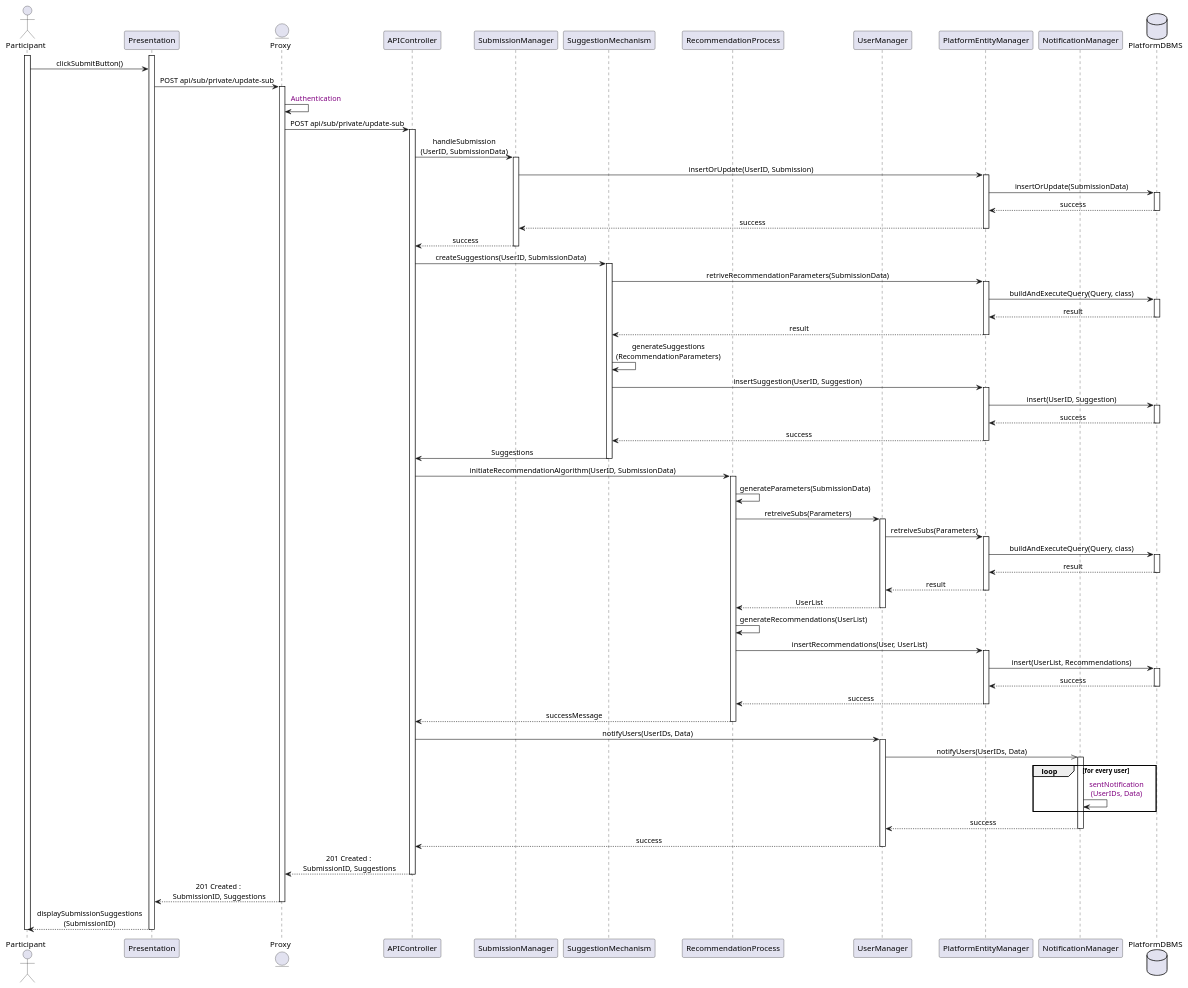
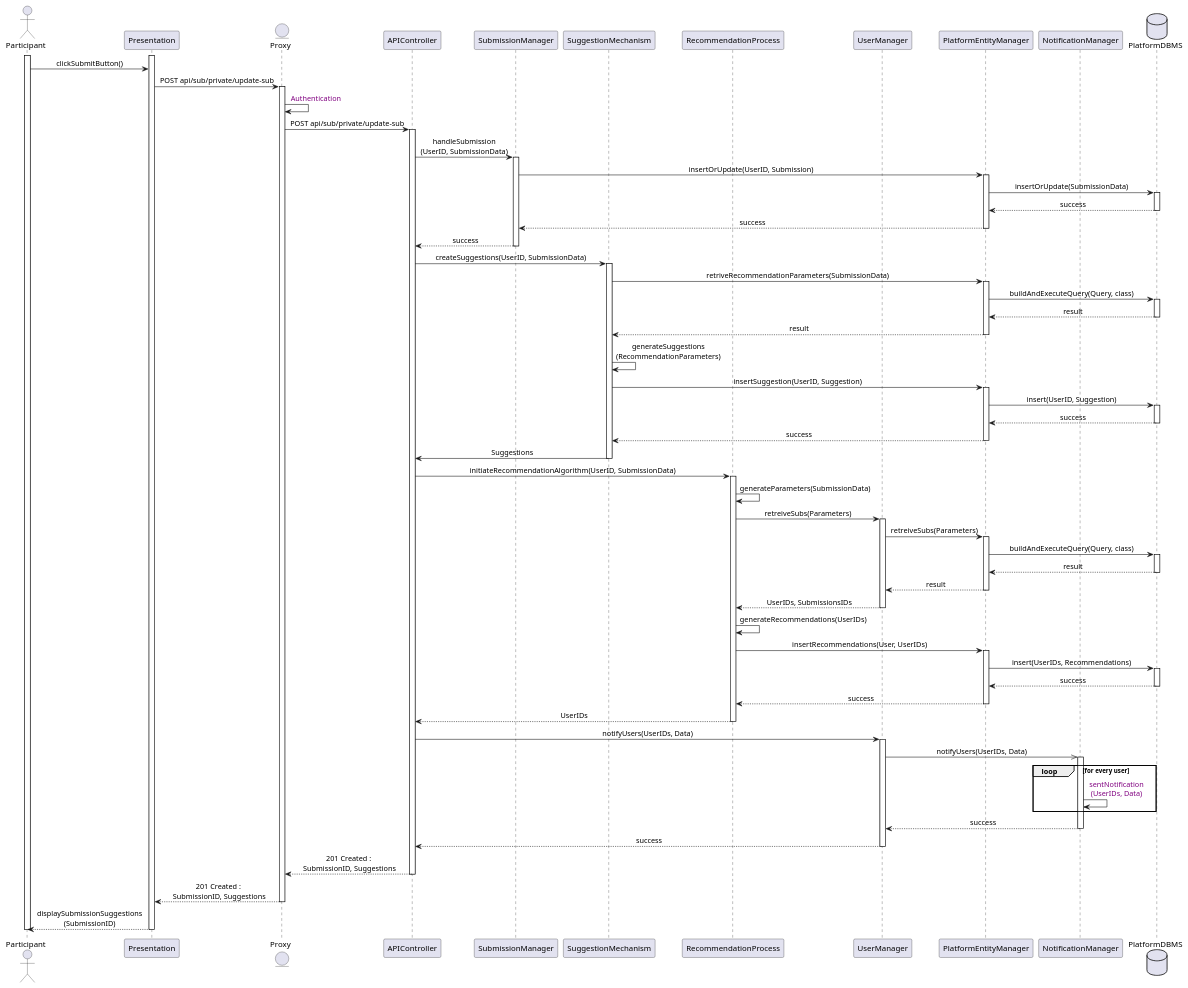
One commit to Slaitroc/RicciPaoliGrisoni changed the diagram in Diagrams/SequenceDiagrams/DD/3ParticipantSubmission.wsd. Above: the diagram before and after it, drawn with PlantUML. The commit also changed 7 other files, not shown here.

Commit message:
Minor DD Sequences Fixes

```diff
--- a/Diagrams/SequenceDiagrams/DD/3ParticipantSubmission.wsd
+++ b/Diagrams/SequenceDiagrams/DD/3ParticipantSubmission.wsd
@@ -1,73 +1,73 @@
 @startuml ParticipantSubmission
 skinparam sequenceMessageAlign center
 actor       Participant
 participant Presentation
 entity      Proxy
 participant APIController
 participant SubmissionManager
 participant SuggestionMechanism
 participant RecommendationProcess
 participant UserManager
 participant PlatformEntityManager
 participant NotificationManager
 database    PlatformDBMS
 
 activate Participant
 activate Presentation
 Participant -> Presentation : clickSubmitButton()
 Presentation -> Proxy ++ : POST api/sub/private/update-sub
 Proxy -> Proxy  : <color:purple> Authentication
 Proxy -> APIController ++ : POST api/sub/private/update-sub
 APIController -> SubmissionManager : handleSubmission\n(UserID, SubmissionData)
 activate SubmissionManager
 ' SubmissionManager -> SubmissionManager : check(submission)
 SubmissionManager -> PlatformEntityManager : insertOrUpdate(UserID, Submission)
 activate PlatformEntityManager
 PlatformEntityManager -> PlatformDBMS : insertOrUpdate(SubmissionData)
 activate PlatformDBMS
 PlatformDBMS --> PlatformEntityManager : success
 deactivate PlatformDBMS
 PlatformEntityManager --> SubmissionManager : success 
 deactivate PlatformEntityManager
 SubmissionManager --> APIController : success
 deactivate SubmissionManager
 APIController -> SuggestionMechanism ++ : createSuggestions(UserID, SubmissionData)
 SuggestionMechanism -> PlatformEntityManager ++ : retriveRecommendationParameters(SubmissionData)
 PlatformEntityManager -> PlatformDBMS ++ : buildAndExecuteQuery(Query, class)
 PlatformDBMS --> PlatformEntityManager -- : result
 PlatformEntityManager --> SuggestionMechanism -- : result
 SuggestionMechanism -> SuggestionMechanism : generateSuggestions\n(RecommendationParameters)
 SuggestionMechanism -> PlatformEntityManager ++ : insertSuggestion(UserID, Suggestion)
 PlatformEntityManager -> PlatformDBMS ++ : insert(UserID, Suggestion)
 PlatformDBMS --> PlatformEntityManager -- : success
 PlatformEntityManager -->  SuggestionMechanism -- : success
 SuggestionMechanism -> APIController -- : Suggestions
 APIController -> RecommendationProcess ++ : initiateRecommendationAlgorithm(UserID, SubmissionData)
 RecommendationProcess -> RecommendationProcess : generateParameters(SubmissionData)
 RecommendationProcess -> UserManager ++ : retreiveSubs(Parameters)
 UserManager -> PlatformEntityManager ++ : retreiveSubs(Parameters)
 PlatformEntityManager -> PlatformDBMS ++ : buildAndExecuteQuery(Query, class)
 PlatformDBMS --> PlatformEntityManager -- : result
 PlatformEntityManager --> UserManager -- : result
-UserManager --> RecommendationProcess -- : UserList
-RecommendationProcess -> RecommendationProcess : generateRecommendations(UserList)
-RecommendationProcess -> PlatformEntityManager ++ : insertRecommendations(User, UserList)
-PlatformEntityManager -> PlatformDBMS ++ : insert(UserList, Recommendations)
+UserManager --> RecommendationProcess -- : UserIDs, SubmissionsIDs
+RecommendationProcess -> RecommendationProcess : generateRecommendations(UserIDs)
+RecommendationProcess -> PlatformEntityManager ++ : insertRecommendations(User, UserIDs)
+PlatformEntityManager -> PlatformDBMS ++ : insert(UserIDs, Recommendations)
 PlatformDBMS --> PlatformEntityManager -- : success
 PlatformEntityManager -->  RecommendationProcess -- : success
-RecommendationProcess --> APIController -- : successMessage
+RecommendationProcess --> APIController -- : UserIDs
 APIController -> UserManager ++ : notifyUsers(UserIDs, Data)
 UserManager ->> NotificationManager ++ : notifyUsers(UserIDs, Data)
 loop for every user
     NotificationManager -> NotificationManager : <color:purple> sentNotification\n <color:purple>(UserIDs, Data)
 end
 NotificationManager --> UserManager -- : success
 UserManager --> APIController -- : success
 APIController --> Proxy : 201 Created :\n SubmissionID, Suggestions
 deactivate APIController
 Proxy --> Presentation : 201 Created :\n SubmissionID, Suggestions
 deactivate Proxy
 Presentation --> Participant : displaySubmissionSuggestions\n(SubmissionID)
 deactivate Presentation
 deactivate Participant
 @enduml
```
